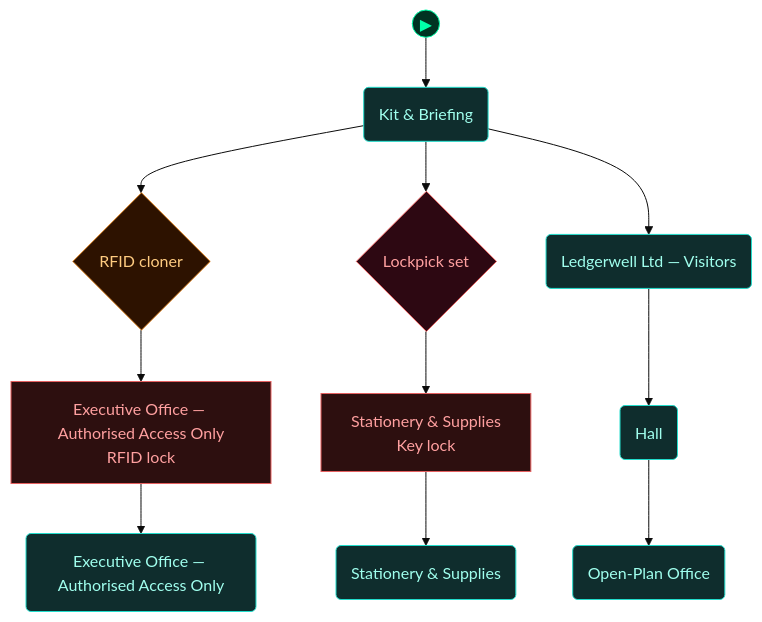
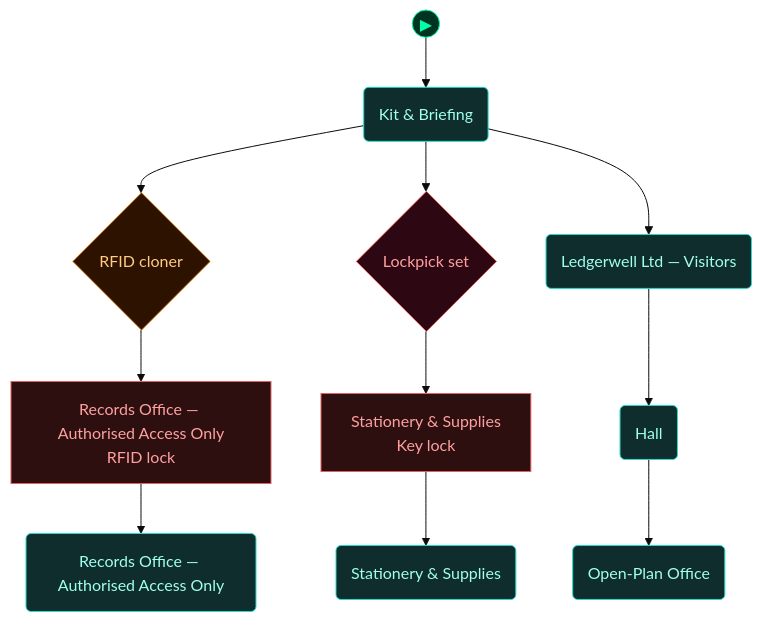
The first of 5 diagrams in scenarios/lab_physical_pentest/dungeon_graph.md (cliffe/BreakEscape), drawn with Mermaid (base theme) before and after one commit. The commit also changed other lines of this file and 5 other files, not shown here.

````diff
--- a/scenarios/lab_physical_pentest/dungeon_graph.md
+++ b/scenarios/lab_physical_pentest/dungeon_graph.md
@@ -51,48 +51,48 @@
 ```mermaid
 flowchart TD
 
   classDef room      fill:#0f2d2d,stroke:#22ddcc,color:#a0ffee
   classDef lock      fill:#2d0f0f,stroke:#e66060,color:#ffa0a0
   classDef key       fill:#2d0812,stroke:#e66060,color:#ffa0a0
   classDef item      fill:#2d1200,stroke:#e89030,color:#ffcc80
   classDef gate      fill:#111,stroke:#666,color:#eee
   classDef vm        fill:#0c1f40,stroke:#4a90d9,color:#a0c8ff
   classDef flag      fill:#1a0c2d,stroke:#9060d0,color:#cc99ff
   classDef action    fill:#1a1200,stroke:#cc9922,color:#ffee88
   classDef aim       fill:#0d2a0d,stroke:#44cc44,color:#88ff88
   classDef aim_gate  fill:#111111,stroke:#44cc44,color:#44cc44
   classDef container fill:#1a2d1a,stroke:#60b060,color:#a0e0a0
   classDef npc       fill:#2d1f0d,stroke:#d0a050,color:#ffe0a0
   classDef critical  fill:#2a1500,stroke:#ffaa00,color:#ffdd88
   classDef start     fill:#003322,stroke:#00ffaa,color:#00ffaa
 
   node_start(("▶"))
   node_start --> briefing_room
 
-  door_secure_area["Executive Office — Authorised Access Only<br/>RFID lock"]
-  secure_area("Executive Office — Authorised Access Only")
+  door_secure_area["Records Office — Authorised Access Only<br/>RFID lock"]
+  secure_area("Records Office — Authorised Access Only")
   door_store_room["Stationery & Supplies<br/>Key lock"]
   store_room("Stationery & Supplies")
   briefing_room("Kit & Briefing")
   rfid_cloner{"RFID cloner"}
   lockpick_set{"Lockpick set"}
   reception("Ledgerwell Ltd — Visitors")
   hall("Hall")
   open_plan("Open-Plan Office")
 
   door_secure_area --> secure_area
   door_store_room --> store_room
   briefing_room --> rfid_cloner
   rfid_cloner --> door_secure_area
   briefing_room --> lockpick_set
   lockpick_set --> door_store_room
   briefing_room --> reception
   reception --> hall
   hall --> open_plan
 
   class door_secure_area,door_store_room lock
   class secure_area,store_room,briefing_room,reception,hall,open_plan room
   class rfid_cloner item
   class lockpick_set key
   class node_start start
 ```
````
